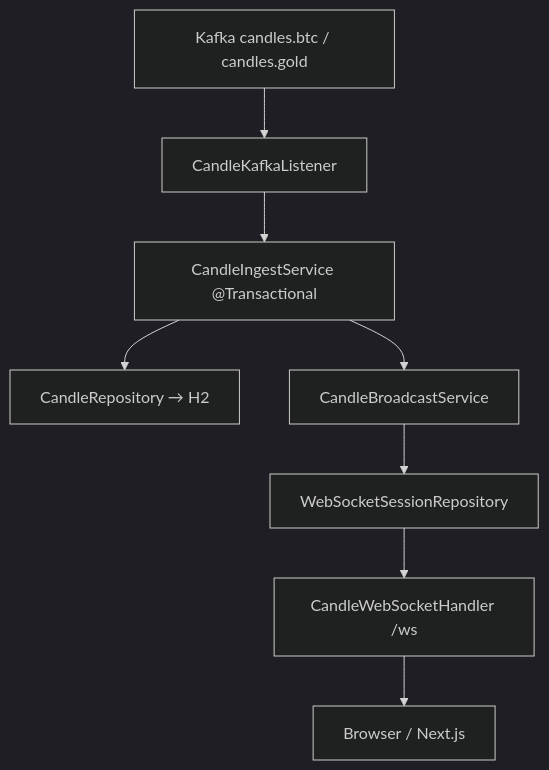
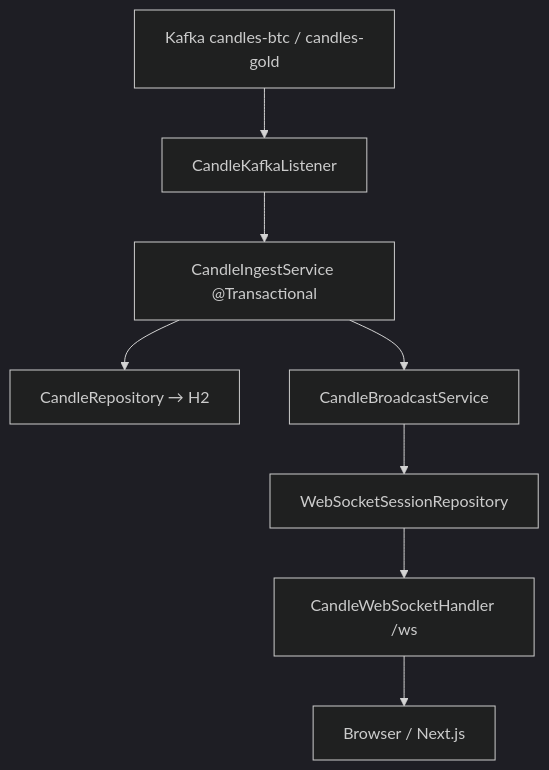
One commit to shehan-jayasinghe/ai_trading_bots changed the third of 3 diagrams in docs/architecture/springboot/websocket/springboot-kafka-websocket.md. Above: the diagram before and after it, drawn with Mermaid (dark theme). The commit also changed other lines of this file and 9 other files, not shown here.

````diff
--- a/docs/architecture/springboot/websocket/springboot-kafka-websocket.md
+++ b/docs/architecture/springboot/websocket/springboot-kafka-websocket.md
@@ -162,15 +162,15 @@
 ```mermaid
 flowchart TB
-  K[Kafka candles.btc / candles.gold]
+  K[Kafka candles-btc / candles-gold]
   L[CandleKafkaListener]
   S1[CandleIngestService @Transactional]
   R1[CandleRepository → H2]
   S2[CandleBroadcastService]
   R2[WebSocketSessionRepository]
   WS[CandleWebSocketHandler /ws]
   UI[Browser / Next.js]
 
   K --> L --> S1
   S1 --> R1
   S1 --> S2 --> R2 --> WS --> UI
 ```
````
